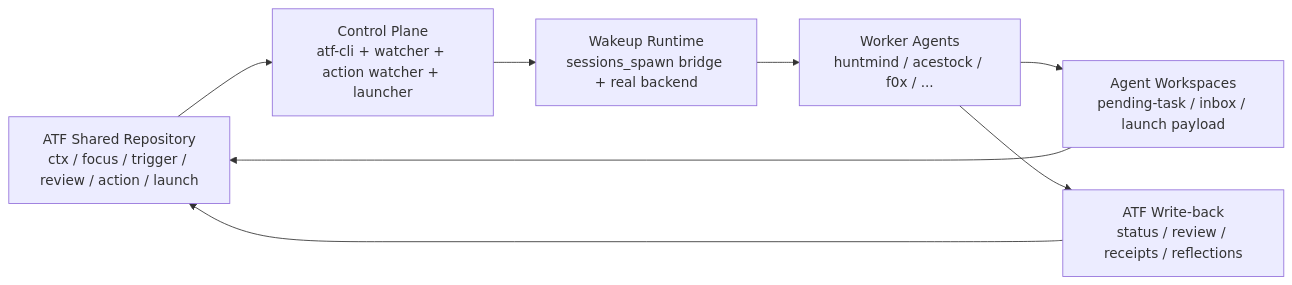
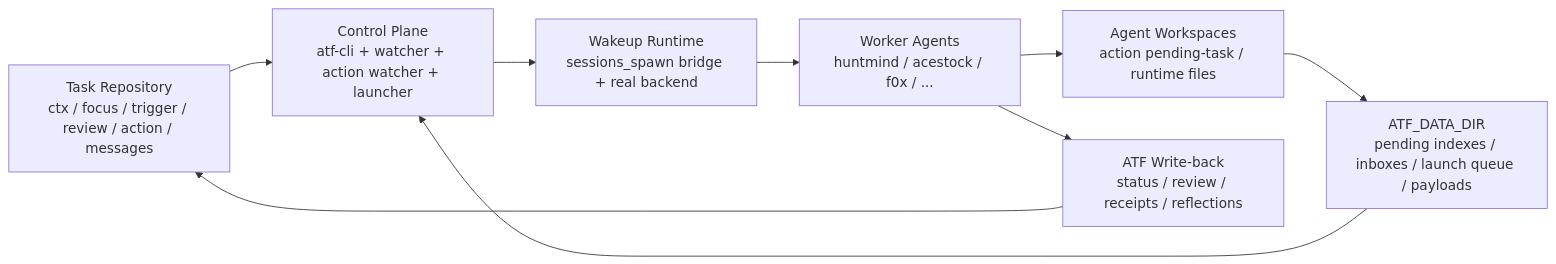
One commit to vinson1101/agent-taskflow changed the diagram in README.md. Above: the diagram before and after it, drawn with Mermaid. The commit also changed other lines of this file and 16 other files, not shown here.

Commit message:
docs: formalize control-plane model and wrapper contracts

````diff
--- a/README.md
+++ b/README.md
@@ -43,10 +43,11 @@
 ```mermaid
 flowchart LR
-  Repo["ATF Shared Repository<br/>ctx / focus / trigger / review / action / launch"] --> Control["Control Plane<br/>atf-cli + watcher + action watcher + launcher"]
+  Repo["Task Repository<br/>ctx / focus / trigger / review / action / messages"] --> Control["Control Plane<br/>atf-cli + watcher + action watcher + launcher"]
+  Data["ATF_DATA_DIR<br/>pending indexes / inboxes / launch queue / payloads"] --> Control["Control Plane<br/>atf-cli + watcher + action watcher + launcher"]
   Control --> Runtime["Wakeup Runtime<br/>sessions_spawn bridge + real backend"]
   Runtime --> Agents["Worker Agents<br/>huntmind / acestock / f0x / ..."]
-  Agents --> Workspace["Agent Workspaces<br/>pending-task / inbox / launch payload"]
-  Workspace --> Repo
+  Agents --> Workspace["Agent Workspaces<br/>action pending-task / runtime files"]
+  Workspace --> Data
   Agents --> Writeback["ATF Write-back<br/>status / review / receipts / reflections"]
   Writeback --> Repo
 ```
````
